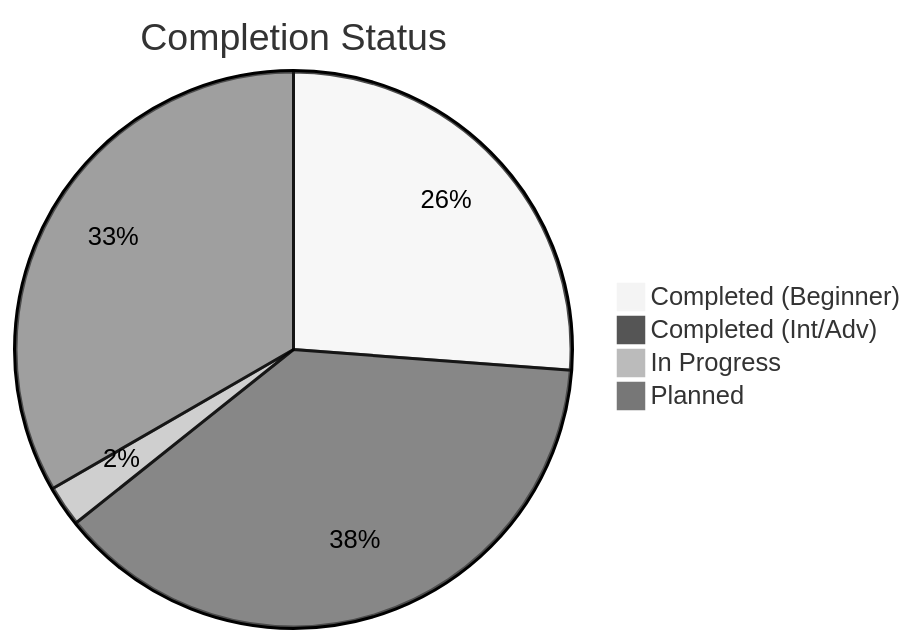
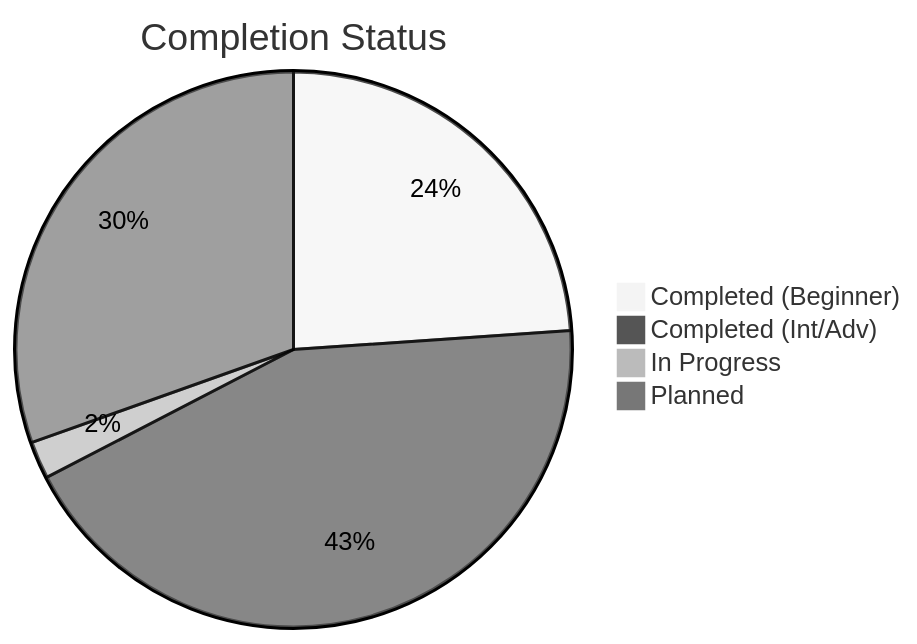
One commit to Ganil151/Devops changed the third of 3 diagrams in 1-Beginner/02-Phase-2/01-Automation/AUTOMATION_MASTER_INDEX.md. Above: the diagram before and after it, drawn with Mermaid (neutral theme). The commit also changed other lines of this file and 6 other files, not shown here.

````diff
--- a/1-Beginner/02-Phase-2/01-Automation/AUTOMATION_MASTER_INDEX.md
+++ b/1-Beginner/02-Phase-2/01-Automation/AUTOMATION_MASTER_INDEX.md
@@ -819,7 +875,7 @@
 ```mermaid
 pie title Completion Status
     "Completed (Beginner)" : 11
-    "Completed (Int/Adv)" : 16
+    "Completed (Int/Adv)" : 20
     "In Progress" : 1
     "Planned" : 14
 ```
````
